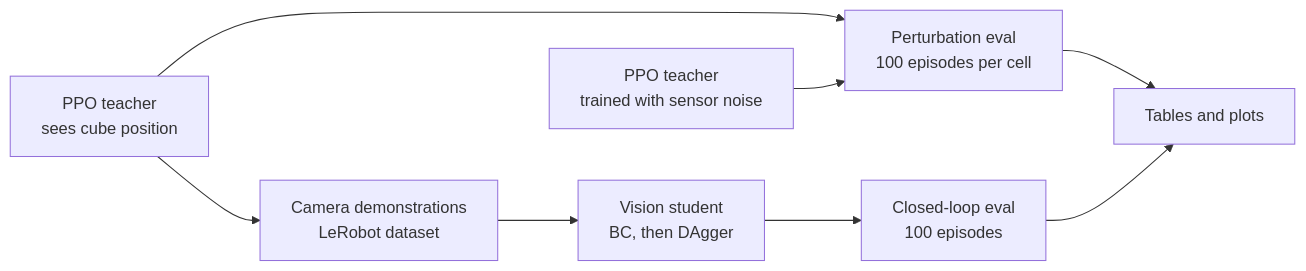
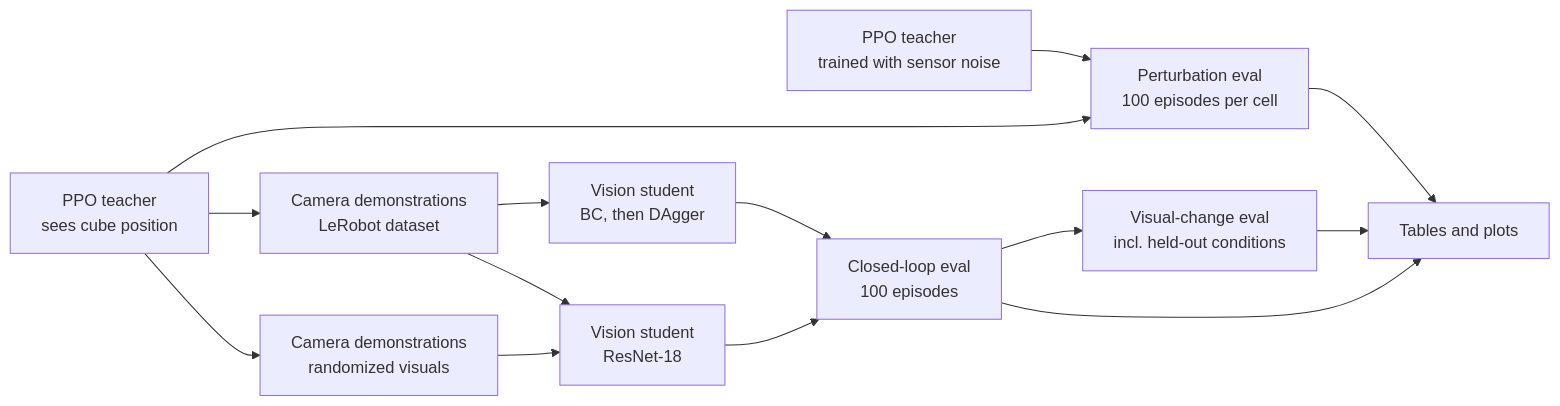
One commit to Jason-lab1126/autorl-demo changed the diagram in README.md. Above: the diagram before and after it, drawn with Mermaid. The commit also changed other lines of this file, not shown here.

Commit message:
Final README pass: title, visual randomization finding and pipeline diagram

````diff
--- a/README.md
+++ b/README.md
@@ -25,10 +26,16 @@
 ```mermaid
 flowchart LR
     A["PPO teacher<br/>sees cube position"] --> B["Perturbation eval<br/>100 episodes per cell"]
     N["PPO teacher<br/>trained with sensor noise"] --> B
     B --> T["Tables and plots"]
     A --> D["Camera demonstrations<br/>LeRobot dataset"]
     D --> S["Vision student<br/>BC, then DAgger"]
     S --> E["Closed-loop eval<br/>100 episodes"]
+    A --> R["Camera demonstrations<br/>randomized visuals"]
+    R --> V["Vision student<br/>ResNet-18"]
+    D --> V
+    V --> E
+    E --> W["Visual-change eval<br/>incl. held-out conditions"]
     E --> T
+    W --> T
 ```
````
